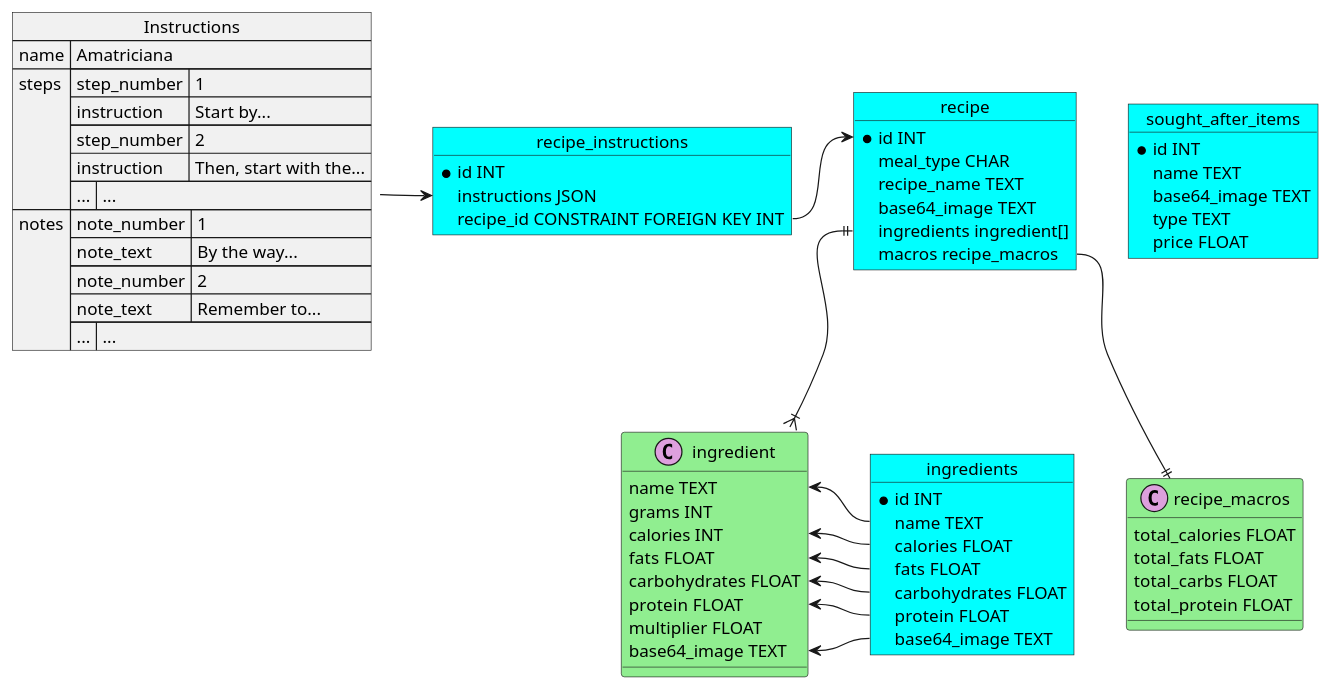
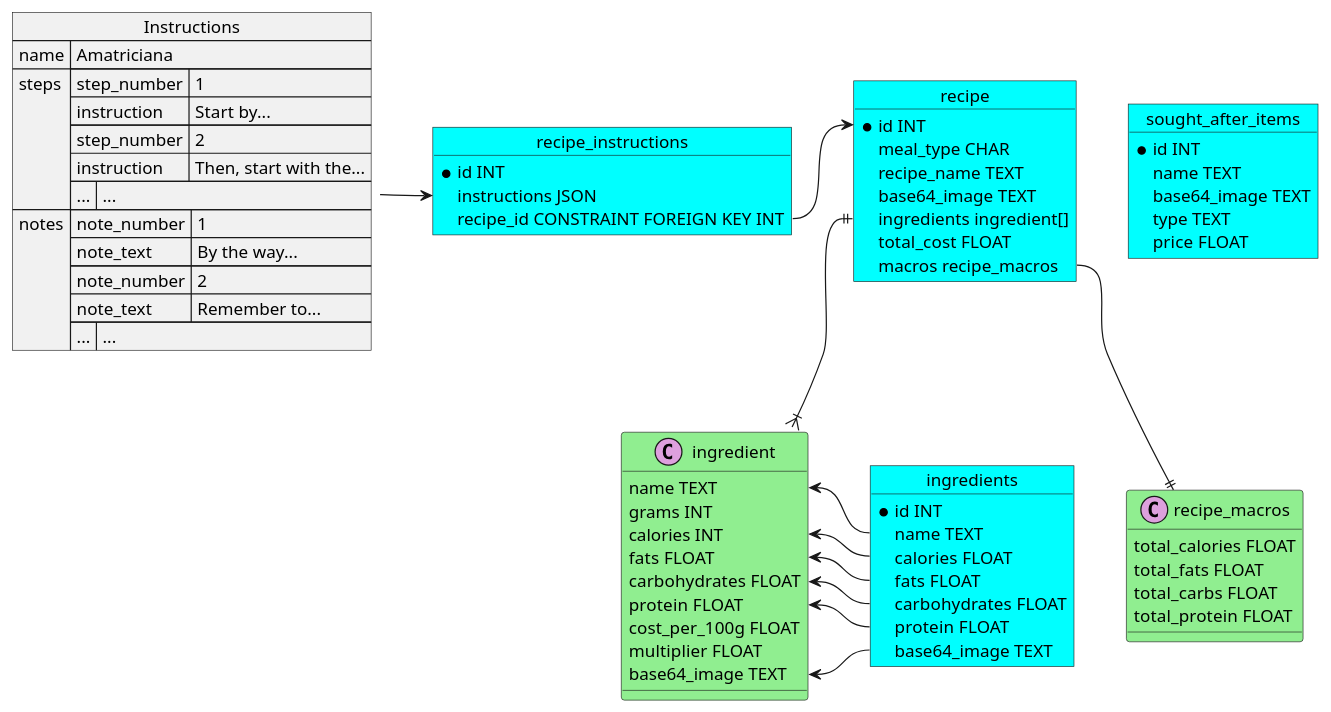
Before and after one commit to LegendsAndreas/kitchen-app: the first of 2 diagrams in DatabaseDiagram.puml, drawn with PlantUML. The commit also changed 6 other files, not shown here.

Commit message:
Added a cost per 100 grams for the creation of an ingredient

```diff
--- a/DatabaseDiagram.puml
+++ b/DatabaseDiagram.puml
@@ -1,108 +1,110 @@
 @startuml
 skinparam class{
     BackgroundColor LightGreen
 }
 
 skinparam object{
     BackgroundColor Cyan
 }
 
 skinparam json{
     BackgroundColor LightGreen
 }
 
 object recipe {
     * id INT
     meal_type CHAR
     recipe_name TEXT
     base64_image TEXT
     ingredients ingredient[]
+    total_cost FLOAT
     macros recipe_macros
 }
 
 class ingredient <<(C,plum)>>{
     name TEXT
     grams INT
     calories INT
     fats FLOAT
     carbohydrates FLOAT
     protein FLOAT
+    cost_per_100g FLOAT
     multiplier FLOAT
     base64_image TEXT
 }
 
 class recipe_macros <<(C,plum)>>{
     total_calories FLOAT
     total_fats FLOAT
     total_carbs FLOAT
     total_protein FLOAT
 }
 
 recipe::ingredient ||--|{ ingredient
 recipe::macros --|| recipe_macros
 
 object recipe_instructions{
     * id INT
     instructions JSON
     recipe_id CONSTRAINT FOREIGN KEY INT
 }
 
 object ingredients{
     * id INT
     name TEXT
     calories FLOAT
     fats FLOAT
     carbohydrates FLOAT
     protein FLOAT
     base64_image TEXT
 }
 
 object sought_after_items{
     * id INT
     name TEXT
     base64_image TEXT
     type TEXT
     price FLOAT
 }
 
 json Instructions{
     "name":"Amatriciana",
     "steps": [
     {
         "step_number":1,
         "instruction": "Start by..."
     },
     {
         "step_number":2,
         "instruction": "Then, start with the..."
     },
     {
         "...":"..."
     }
     ],
     
     "notes": [
     {
         "note_number":1,
         "note_text": "By the way..."
     },
     {
         "note_number":2,
         "note_text": "Remember to..."
     },
     {
         "...":"..."
     }
     ]
 }
 
 recipe_instructions::recipe_id -> recipe::id
 Instructions -> recipe_instructions::instructions
 
 ingredient::name <- ingredients::name
 ingredient::calories <- ingredients::calories
 ingredient::fats <- ingredients::fats
 ingredient::carbohydrates <- ingredients::carbohydrates
 ingredient::protein <- ingredients::protein
 ingredient::base64_image <- ingredients::base64_image
 @enduml
```
